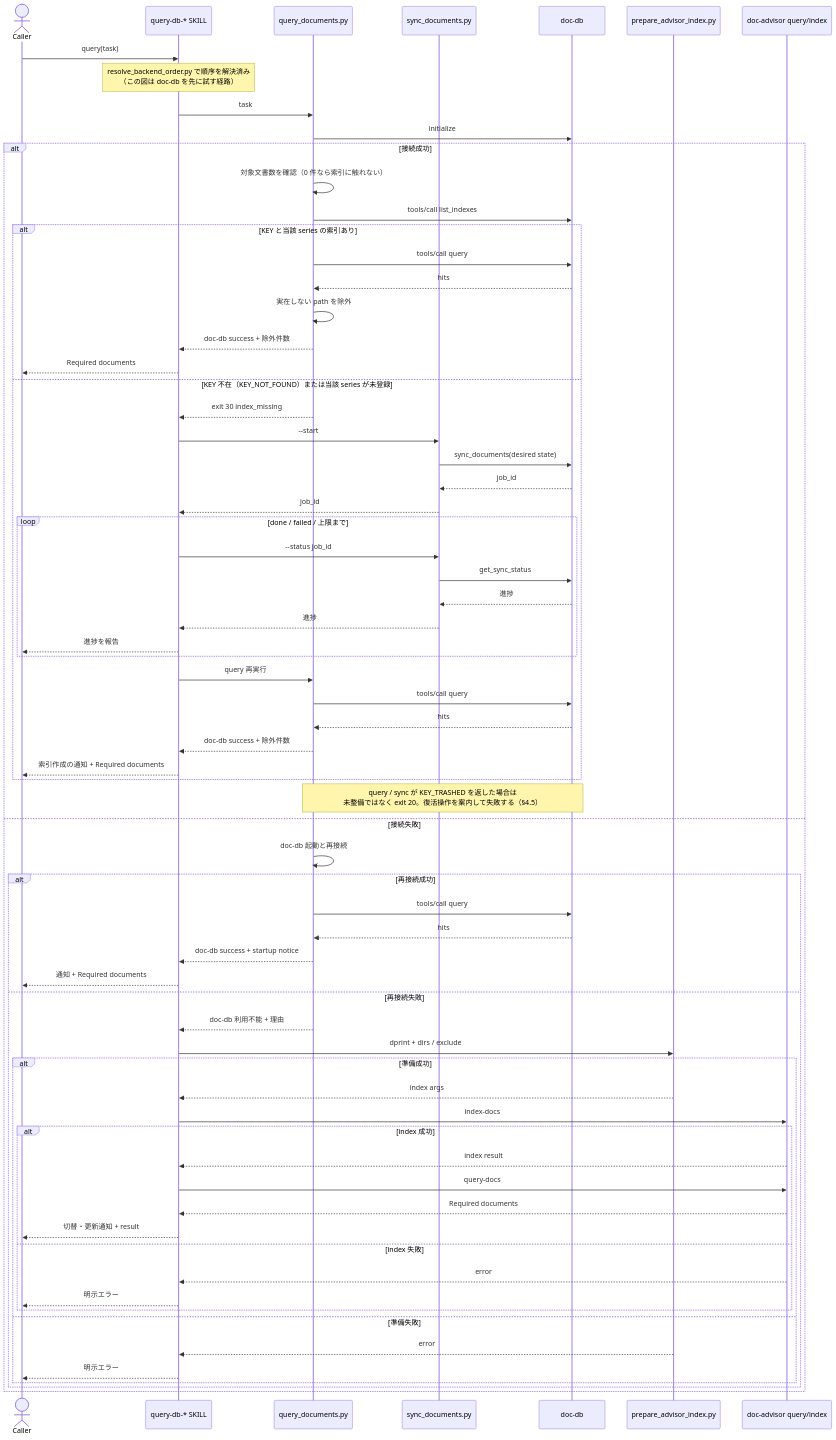
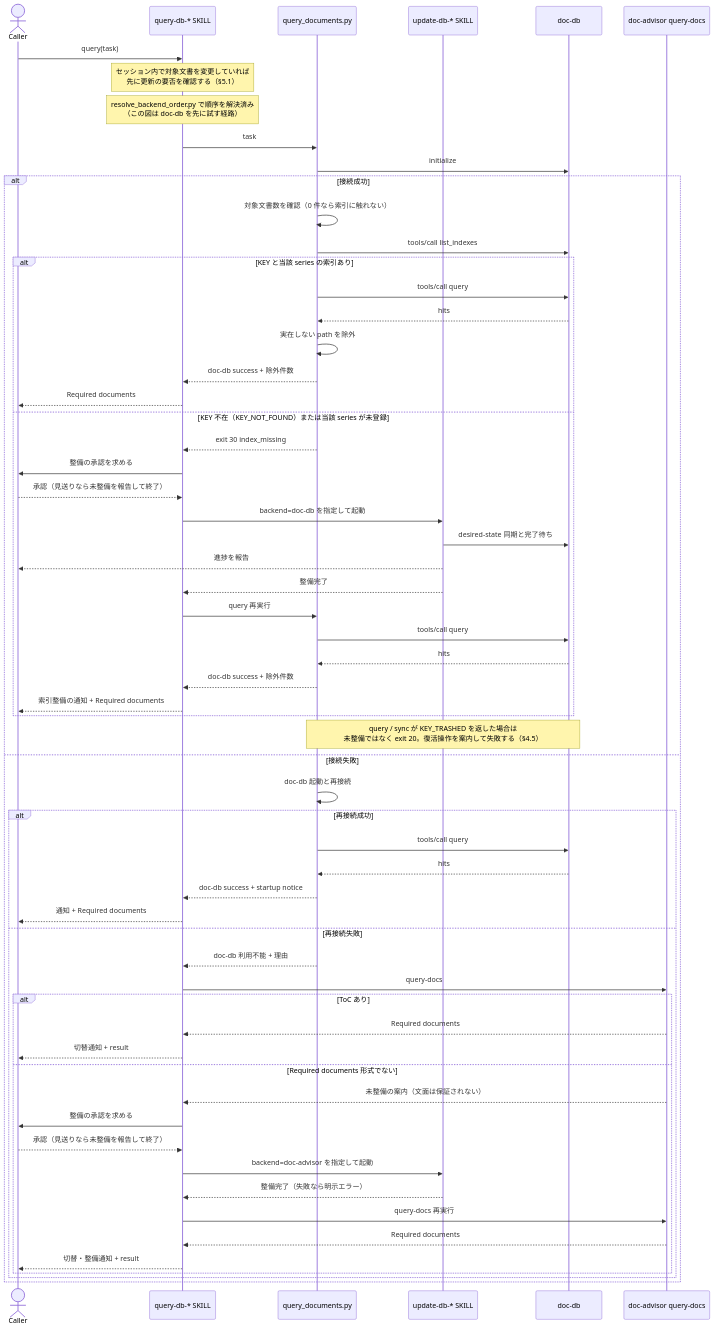
The second of 3 diagrams in docs/specs/doc-db/design/DES-057_doc_db_backend_selection_design.md (BlueEventHorizon/bw-cc-plugins), drawn with Mermaid before and after one commit. The commit also changed other lines of this file and 38 other files, not shown here.

````diff
--- a/docs/specs/doc-db/design/DES-057_doc_db_backend_selection_design.md
+++ b/docs/specs/doc-db/design/DES-057_doc_db_backend_selection_design.md
@@ -588,72 +706,64 @@
 ```mermaid
 sequenceDiagram
     actor Caller
     participant Skill as query-db-* SKILL
     participant Script as query_documents.py
-    participant SyncCLI as sync_documents.py
+    participant Update as update-db-* SKILL
     participant DB as doc-db
-    participant Prepare as prepare_advisor_index.py
-    participant Advisor as doc-advisor query/index
+    participant Advisor as doc-advisor query-docs
 
     Caller->>Skill: query(task)
+    Note over Skill: セッション内で対象文書を変更していれば<br/>先に更新の要否を確認する（§5.1）
     Note over Skill: resolve_backend_order.py で順序を解決済み<br/>（この図は doc-db を先に試す経路）
     Skill->>Script: task
     Script->>DB: initialize
     alt 接続成功
         Script->>Script: 対象文書数を確認（0 件なら索引に触れない）
         Script->>DB: tools/call list_indexes
         alt KEY と当該 series の索引あり
             Script->>DB: tools/call query
             DB-->>Script: hits
             Script->>Script: 実在しない path を除外
             Script-->>Skill: doc-db success + 除外件数
             Skill-->>Caller: Required documents
         else KEY 不在（KEY_NOT_FOUND）または当該 series が未登録
             Script-->>Skill: exit 30 index_missing
-            Skill->>SyncCLI: --start
-            SyncCLI->>DB: sync_documents(desired state)
-            DB-->>SyncCLI: job_id
-            SyncCLI-->>Skill: job_id
-            loop done / failed / 上限まで
-                Skill->>SyncCLI: --status job_id
-                SyncCLI->>DB: get_sync_status
-                DB-->>SyncCLI: 進捗
-                SyncCLI-->>Skill: 進捗
-                Skill-->>Caller: 進捗を報告
-            end
+            Skill->>Caller: 整備の承認を求める
+            Caller-->>Skill: 承認（見送りなら未整備を報告して終了）
+            Skill->>Update: backend=doc-db を指定して起動
+            Update->>DB: desired-state 同期と完了待ち
+            Update-->>Caller: 進捗を報告
+            Update-->>Skill: 整備完了
             Skill->>Script: query 再実行
             Script->>DB: tools/call query
             DB-->>Script: hits
             Script-->>Skill: doc-db success + 除外件数
-            Skill-->>Caller: 索引作成の通知 + Required documents
+            Skill-->>Caller: 索引整備の通知 + Required documents
         end
         Note over Script,DB: query / sync が KEY_TRASHED を返した場合は<br/>未整備ではなく exit 20。復活操作を案内して失敗する（§4.5）
     else 接続失敗
         Script->>Script: doc-db 起動と再接続
         alt 再接続成功
             Script->>DB: tools/call query
             DB-->>Script: hits
             Script-->>Skill: doc-db success + startup notice
             Skill-->>Caller: 通知 + Required documents
         else 再接続失敗
             Script-->>Skill: doc-db 利用不能 + 理由
-            Skill->>Prepare: dprint + dirs / exclude
-            alt 準備成功
-                Prepare-->>Skill: index args
-                Skill->>Advisor: index-docs
-                alt index 成功
-                    Advisor-->>Skill: index result
-                    Skill->>Advisor: query-docs
-                    Advisor-->>Skill: Required documents
-                    Skill-->>Caller: 切替・更新通知 + result
-                else index 失敗
-                    Advisor-->>Skill: error
-                    Skill-->>Caller: 明示エラー
-                end
-            else 準備失敗
-                Prepare-->>Skill: error
-                Skill-->>Caller: 明示エラー
+            Skill->>Advisor: query-docs
+            alt ToC あり
+                Advisor-->>Skill: Required documents
+                Skill-->>Caller: 切替通知 + result
+            else Required documents 形式でない
+                Advisor-->>Skill: 未整備の案内（文面は保証されない）
+                Skill->>Caller: 整備の承認を求める
+                Caller-->>Skill: 承認（見送りなら未整備を報告して終了）
+                Skill->>Update: backend=doc-advisor を指定して起動
+                Update-->>Skill: 整備完了（失敗なら明示エラー）
+                Skill->>Advisor: query-docs 再実行
+                Advisor-->>Skill: Required documents
+                Skill-->>Caller: 切替・整備通知 + result
             end
         end
     end
 ```
````
